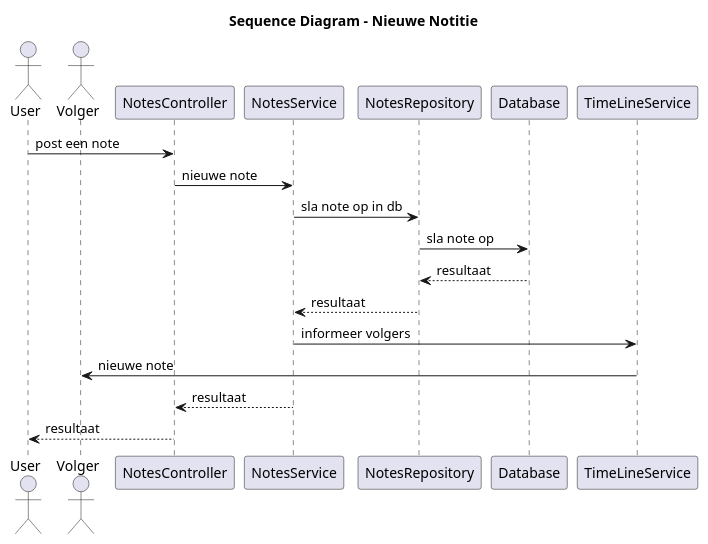
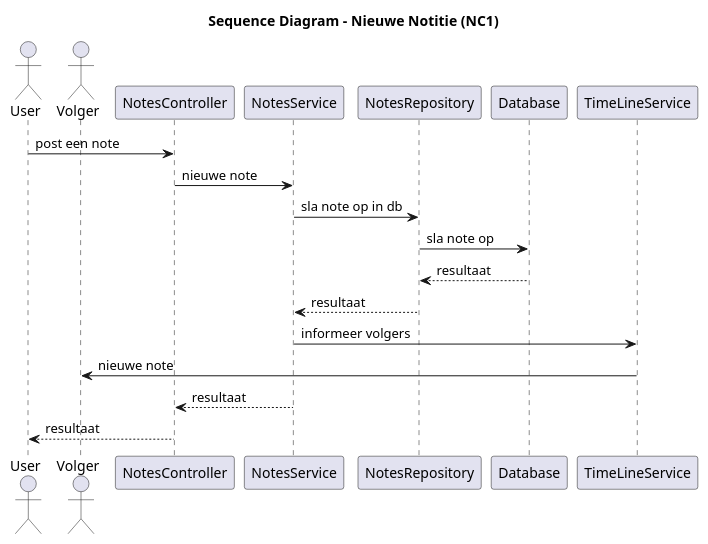
Before and after one commit to jvorhauer/noviaal: the diagram in documentatie/TO/seq-new-note.puml, drawn with PlantUML. The commit also changed 11 other files, not shown here.

Commit message:
Use Case diagram zo goed als af. Gevolgen daarvan verwerkt.

```diff
--- a/documentatie/TO/seq-new-note.puml
+++ b/documentatie/TO/seq-new-note.puml
@@ -1,19 +1,19 @@
 @startuml
 
-title Sequence Diagram - Nieuwe Notitie
+title Sequence Diagram - Nieuwe Notitie (NC1)
 
 actor User
 actor Volger
 
 User -> NotesController: post een note
 NotesController -> NotesService: nieuwe note
 NotesService -> NotesRepository: sla note op in db
 NotesRepository -> Database: sla note op
 Database --> NotesRepository: resultaat
 NotesRepository --> NotesService: resultaat
 NotesService -> TimeLineService: informeer volgers
 TimeLineService -> Volger: nieuwe note
 NotesService --> NotesController: resultaat
 NotesController --> User: resultaat
 
 @enduml
```
